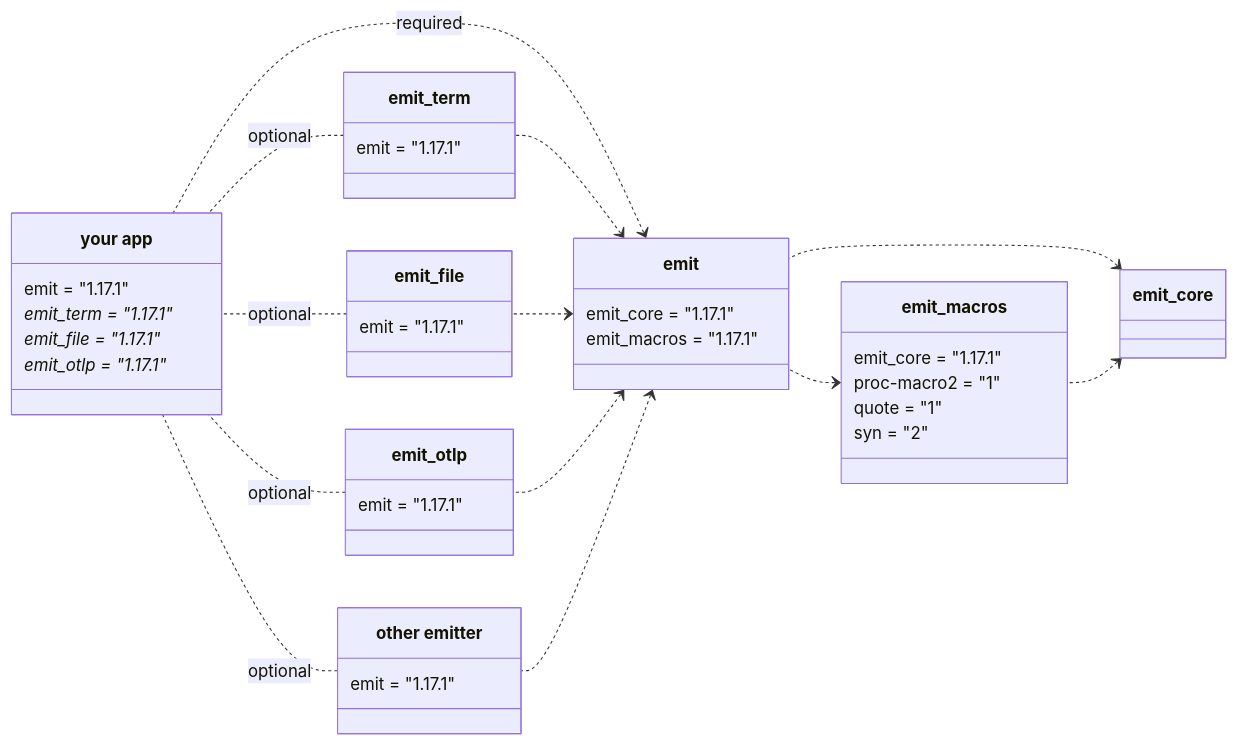
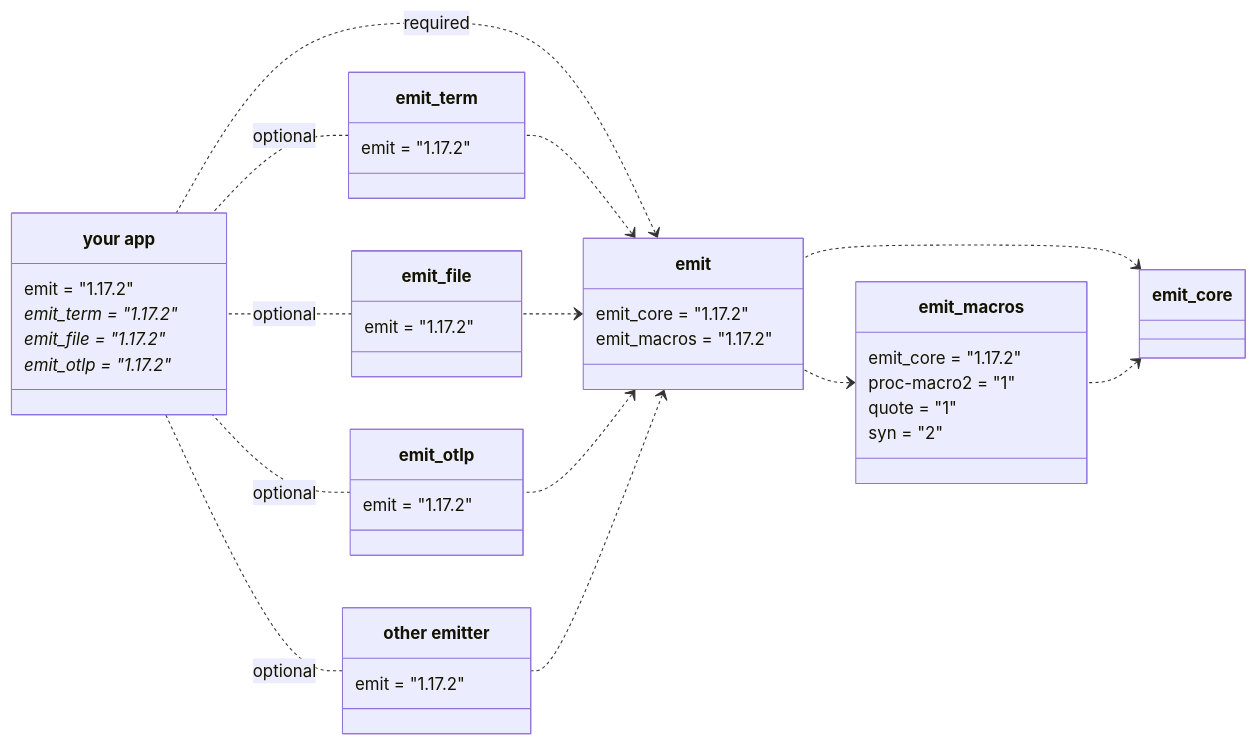
One commit to emit-rs/emit changed the first of 5 diagrams in book/src/reference/architecture.md. Above: the diagram before and after it, drawn with Mermaid. The commit also changed other lines of this file and 67 other files, not shown here.

````diff
--- a/book/src/reference/architecture.md
+++ b/book/src/reference/architecture.md
@@ -9,62 +9,62 @@
 ```mermaid
 classDiagram
     direction RL
     
     emit_core <.. emit_macros
     emit_core <.. emit
     emit_macros <.. emit
 
     class emit_macros {
-        emit_core = "1.17.1"
+        emit_core = "1.17.2"
         proc-macro2 = "1"
         quote = "1"
         syn = "2"
     }
 
     emit <.. emit_term
     emit <.. emit_file
     emit <.. emit_otlp
     emit <.. emit_custom
 
     emit <.. app : required
 
     class emit {
-        emit_core = "1.17.1"
-        emit_macros = "1.17.1"
+        emit_core = "1.17.2"
+        emit_macros = "1.17.2"
     }
 
     emit_term .. app : optional
     emit_file .. app : optional
     emit_otlp .. app : optional
     emit_custom .. app : optional
 
     class emit_term {
-        emit = "1.17.1"
+        emit = "1.17.2"
     }
 
     class emit_file {
-        emit = "1.17.1"
+        emit = "1.17.2"
     }
 
     class emit_otlp {
-        emit = "1.17.1"
+        emit = "1.17.2"
     }
 
     class emit_custom["other emitter"] {
-        emit = "1.17.1"
+        emit = "1.17.2"
     }
 
     class app["your app"] {
-        emit = "1.17.1"
-        emit_term = "1.17.1"*
-        emit_file = "1.17.1"*
-        emit_otlp = "1.17.1"*
+        emit = "1.17.2"
+        emit_term = "1.17.2"*
+        emit_file = "1.17.2"*
+        emit_otlp = "1.17.2"*
     }
 
-    click emit_core href "https://docs.rs/emit_core/1.17.1/emit_core/index.html"
-    click emit_macros href "https://docs.rs/emit_macros/1.17.1/emit_macros/index.html"
-    click emit href "https://docs.rs/emit/1.17.1/emit/index.html"
-    click emit_term href "https://docs.rs/emit_term/1.17.1/emit_term/index.html"
-    click emit_file href "https://docs.rs/emit_file/1.17.1/emit_file/index.html"
-    click emit_otlp href "https://docs.rs/emit_otlp/1.17.1/emit_otlp/index.html"
+    click emit_core href "https://docs.rs/emit_core/1.17.2/emit_core/index.html"
+    click emit_macros href "https://docs.rs/emit_macros/1.17.2/emit_macros/index.html"
+    click emit href "https://docs.rs/emit/1.17.2/emit/index.html"
+    click emit_term href "https://docs.rs/emit_term/1.17.2/emit_term/index.html"
+    click emit_file href "https://docs.rs/emit_file/1.17.2/emit_file/index.html"
+    click emit_otlp href "https://docs.rs/emit_otlp/1.17.2/emit_otlp/index.html"
 ```
````
